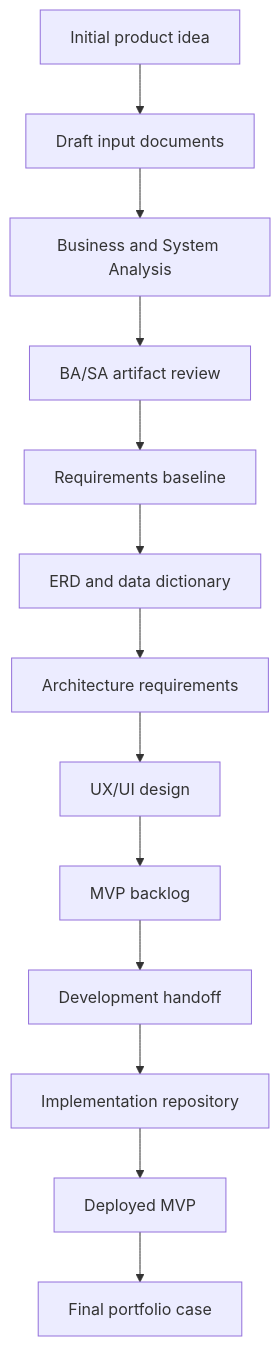
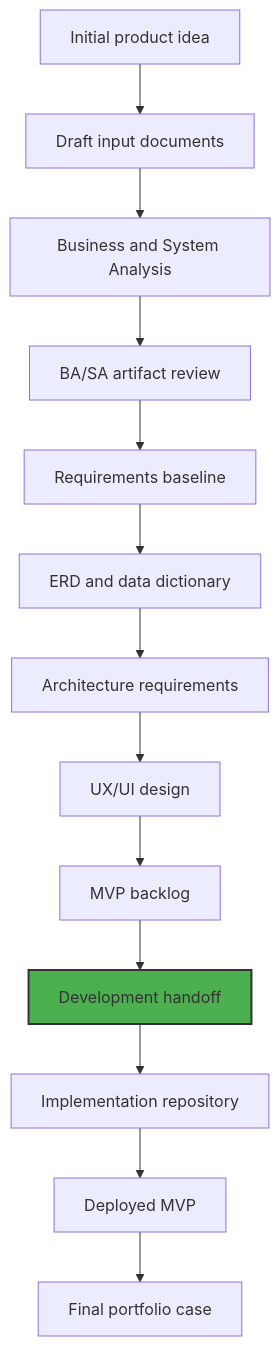
The second of 2 diagrams in README.md (Anton-Ch/resumainer-business-and-system-analysis), drawn with Mermaid before and after one commit. The commit also changed other lines of this file, not shown here.

````diff
--- a/README.md
+++ b/README.md
@@ -284,15 +287,17 @@
 ```mermaid
 flowchart TD  
 A["Initial product idea"] --> B["Draft input documents"]  
 B --> C["Business and System Analysis"]  
 C --> D["BA/SA artifact review"]  
 D --> E["Requirements baseline"]  
 E --> F["ERD and data dictionary"]  
 F --> G["Architecture requirements"]  
 G --> H["UX/UI design"]  
 H --> I["MVP backlog"]  
 I --> J["Development handoff"]  
 J --> K["Implementation repository"]  
 K --> L["Deployed MVP"]  
 L --> M["Final portfolio case"]
+
+style J fill:#4CAF50,stroke:#333,stroke-width:2px
 ```
````
